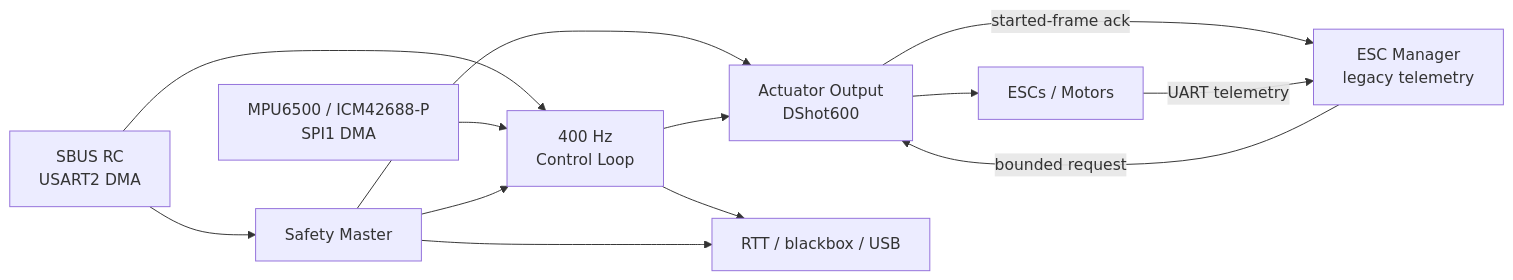
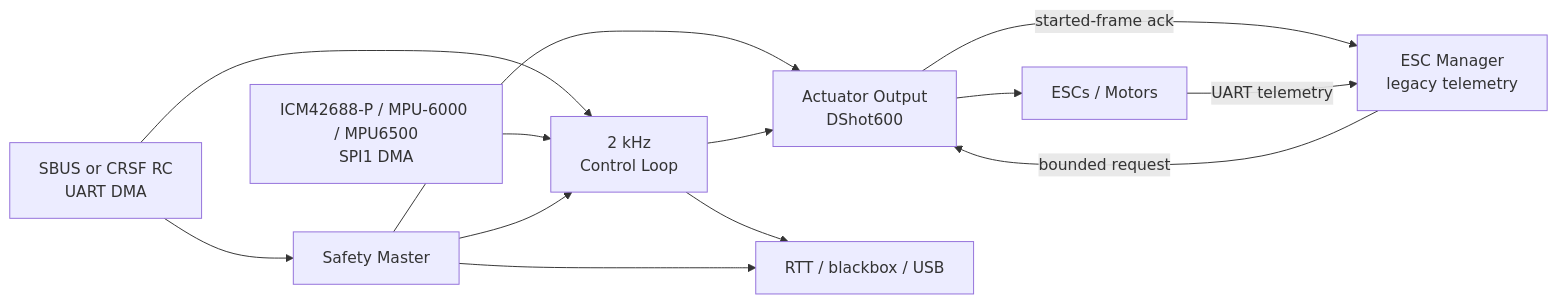
One commit to Eirik2020/ferro-wasp changed the diagram in mdbook/src/chapter_1.md. Above: the diagram before and after it, drawn with Mermaid. The commit also changed other lines of this file and 172 other files, not shown here.

````diff
--- a/mdbook/src/chapter_1.md
+++ b/mdbook/src/chapter_1.md
@@ -23,24 +25,24 @@
 ```mermaid
 flowchart LR
-    rc[SBUS RC<br/>USART2 DMA]
-    imu[MPU6500 / ICM42688-P<br/>SPI1 DMA]
+    rc[SBUS or CRSF RC<br/>UART DMA]
+    imu[ICM42688-P / MPU-6000 / MPU6500<br/>SPI1 DMA]
     safety[Safety Master]
-    control[400 Hz<br/>Control Loop]
+    control[2 kHz<br/>Control Loop]
     escmgr[ESC Manager<br/>legacy telemetry]
     actuator[Actuator Output<br/>DShot600]
     motors[ESCs / Motors]
     debug[RTT / blackbox / USB]
 
     rc --> safety
     rc --> control
     imu --> control
     safety --> actuator
     safety --> control
     control --> actuator
     actuator --> motors
     escmgr -->|bounded request| actuator
     actuator -->|started-frame ack| escmgr
     motors -->|UART telemetry| escmgr
     control --> debug
     safety --> debug
 ```
````
